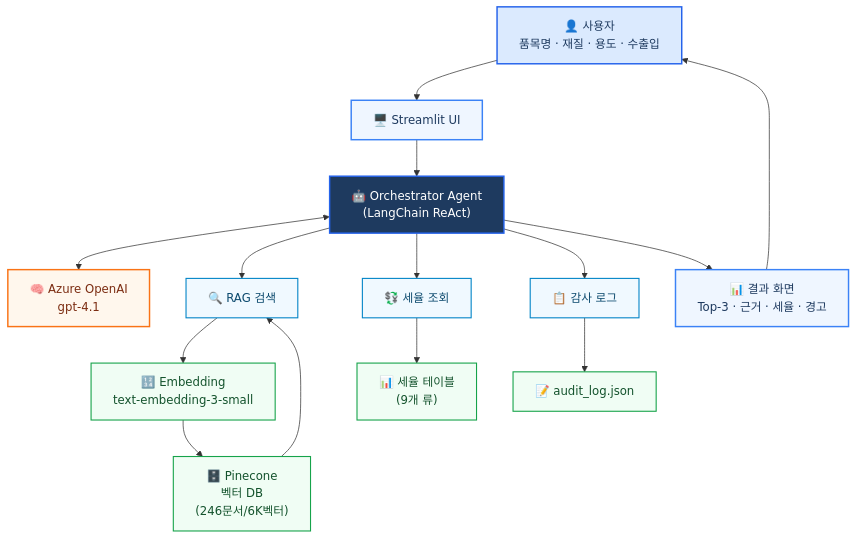
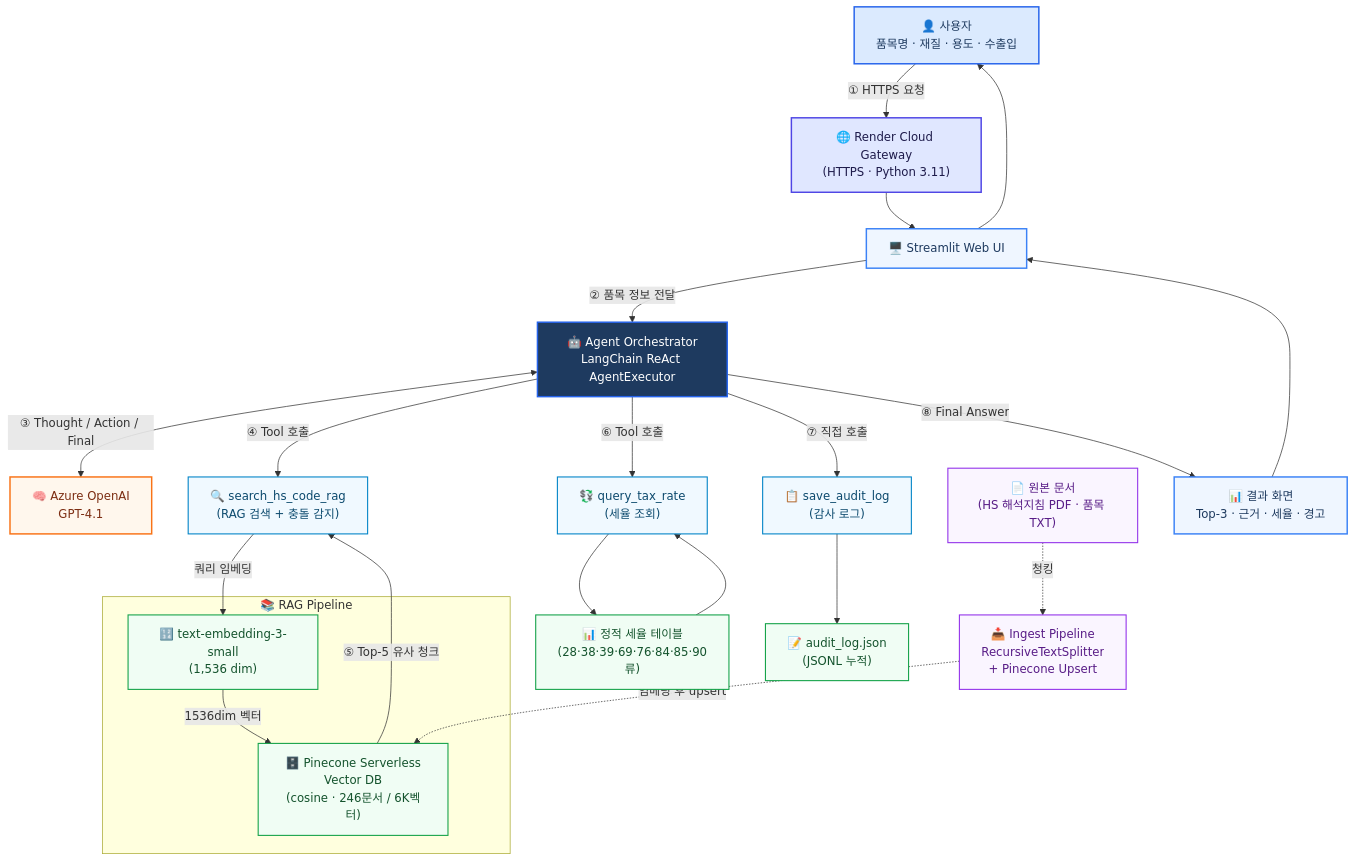
One commit to Woodong84/agent_hs changed the diagram in docs/poc/09_시스템_아키텍처_심플.md. Above: the diagram before and after it, drawn with Mermaid. The commit also changed other lines of this file, not shown here.

Commit message:
docs: enhance simple architecture diagram with concrete tech names
Added Render Cloud Gateway, RAG Pipeline subgraph, concrete model
names (GPT-4.1, text-embedding-3-small, LangChain ReAct), and ingest
pipeline path. Replaced abstract 'LLM' with actual tech names.

https://claude.ai/code/session_01GhTsTfHisHvxgWQjbxsYH3

````diff
--- a/docs/poc/09_시스템_아키텍처_심플.md
+++ b/docs/poc/09_시스템_아키텍처_심플.md
@@ -5,48 +5,75 @@
 ```mermaid
 flowchart TD
     USER["👤 사용자<br/>품목명 · 재질 · 용도 · 수출입"]
 
-    UI["🖥️ Streamlit UI"]
+    GATEWAY["🌐 Render Cloud Gateway<br/>(HTTPS · Python 3.11)"]
 
-    AGENT["🤖 Orchestrator Agent<br/>(LangChain ReAct)"]
+    UI["🖥️ Streamlit Web UI"]
 
-    LLM["🧠 Azure OpenAI<br/>gpt-4.1"]
+    AGENT["🤖 Agent Orchestrator<br/>LangChain ReAct AgentExecutor"]
 
-    T1["🔍 RAG 검색"]
-    T2["💱 세율 조회"]
-    T3["📋 감사 로그"]
+    LLM["🧠 Azure OpenAI<br/>GPT-4.1"]
 
-    DB["🗄️ Pinecone<br/>벡터 DB<br/>(246문서/6K벡터)"]
-    EMB["🔢 Embedding<br/>text-embedding-3-small"]
-    TAX["📊 세율 테이블<br/>(9개 류)"]
-    LOG["📝 audit_log.json"]
+    subgraph RAG["📚 RAG Pipeline"]
+        EMB["🔢 text-embedding-3-small<br/>(1,536 dim)"]
+        DB["🗄️ Pinecone Serverless<br/>Vector DB<br/>(cosine · 246문서 / 6K벡터)"]
+    end
+
+    T1["🔍 search_hs_code_rag<br/>(RAG 검색 + 충돌 감지)"]
+    T2["💱 query_tax_rate<br/>(세율 조회)"]
+    T3["📋 save_audit_log<br/>(감사 로그)"]
+
+    TAX["📊 정적 세율 테이블<br/>(28·38·39·69·76·84·85·90류)"]
+    LOG["📝 audit_log.json<br/>(JSONL 누적)"]
+
+    INGEST["📥 Ingest Pipeline<br/>RecursiveTextSplitter<br/>+ Pinecone Upsert"]
+    DOCS["📄 원본 문서<br/>(HS 해석지침 PDF · 품목 TXT)"]
 
     RESULT["📊 결과 화면<br/>Top-3 · 근거 · 세율 · 경고"]
 
-    USER --> UI
-    UI --> AGENT
-    AGENT <--> LLM
-    AGENT --> T1
-    AGENT --> T2
-    AGENT --> T3
-    T1 --> EMB --> DB
-    DB --> T1
+    %% 메인 데이터 흐름
+    USER -->|"① HTTPS 요청"| GATEWAY
+    GATEWAY --> UI
+    UI -->|"② 품목 정보 전달"| AGENT
+    AGENT <-->|"③ Thought / Action / Final"| LLM
+    AGENT -->|"④ Tool 호출"| T1
+    AGENT -->|"⑥ Tool 호출"| T2
+    AGENT -->|"⑦ 직접 호출"| T3
+
+    %% RAG Pipeline 내부
+    T1 -->|"쿼리 임베딩"| EMB
+    EMB -->|"1536dim 벡터"| DB
+    DB -->|"⑤ Top-5 유사 청크"| T1
+
+    %% 세율 / 로그
     T2 --> TAX
+    TAX --> T2
     T3 --> LOG
-    AGENT --> RESULT
-    RESULT --> USER
+
+    %% 결과 반환
+    AGENT -->|"⑧ Final Answer"| RESULT
+    RESULT --> UI
+    UI --> USER
+
+    %% 적재 (별도 경로)
+    DOCS -.->|"청킹"| INGEST
+    INGEST -.->|"임베딩 후 upsert"| DB
 
     classDef user fill:#dbeafe,stroke:#2563eb,stroke-width:2px,color:#1e3a5f
+    classDef gateway fill:#e0e7ff,stroke:#4f46e5,stroke-width:2px,color:#1e1b4b
     classDef ui fill:#eff6ff,stroke:#3b82f6,stroke-width:2px,color:#1e3a5f
     classDef agent fill:#1e3a5f,stroke:#2563eb,stroke-width:2px,color:#ffffff
     classDef llm fill:#fff7ed,stroke:#f97316,stroke-width:2px,color:#7c2d12
     classDef tool fill:#f0f9ff,stroke:#0284c7,stroke-width:1.5px,color:#0c4a6e
     classDef data fill:#f0fdf4,stroke:#16a34a,stroke-width:1.5px,color:#14532d
+    classDef ingest fill:#faf5ff,stroke:#9333ea,stroke-width:1.5px,color:#581c87
 
     class USER user
+    class GATEWAY gateway
     class UI,RESULT ui
     class AGENT agent
     class LLM llm
     class T1,T2,T3 tool
     class DB,EMB,TAX,LOG data
+    class INGEST,DOCS ingest
 ```
````
